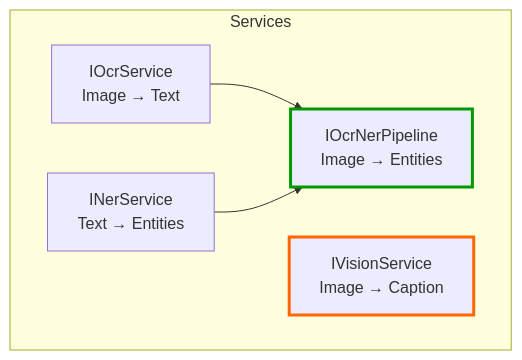
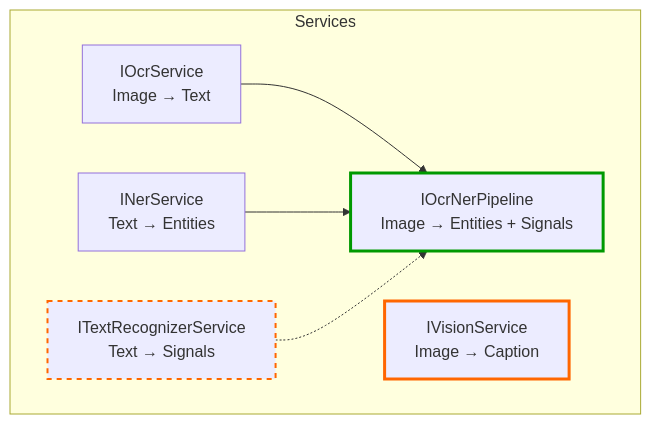
One commit to Shaddix/mostlylucidweb changed the second of 7 diagrams in Mostlylucid/Markdown/simple-ocr-ner-nuget.md. Above: the diagram before and after it, drawn with Mermaid. The commit also changed other lines of this file and 13 other files, not shown here.

````diff
--- a/Mostlylucid/Markdown/simple-ocr-ner-nuget.md
+++ b/Mostlylucid/Markdown/simple-ocr-ner-nuget.md
@@ -177,15 +177,18 @@
 ```mermaid
 flowchart TD
     subgraph Services
         NER["INerService<br>Text → Entities"]
         OCR["IOcrService<br>Image → Text"]
-        PIPE["IOcrNerPipeline<br>Image → Entities"]
+        REC["ITextRecognizerService<br>Text → Signals"]
+        PIPE["IOcrNerPipeline<br>Image → Entities + Signals"]
         VIS["IVisionService<br>Image → Caption"]
     end
 
     OCR --> PIPE
     NER --> PIPE
+    REC -.-> PIPE
 
     style PIPE stroke:#090,stroke-width:3px
     style VIS stroke:#f60,stroke-width:3px
+    style REC stroke:#f60,stroke-width:2px,stroke-dasharray: 5 5
 ```
````
